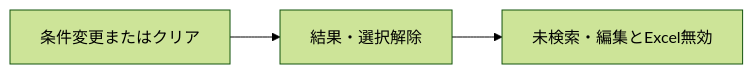
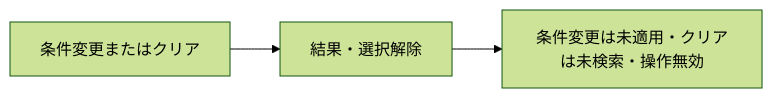
The third of 4 diagrams in sample-project2/spec/CSharp_ASPNET/詳細仕様書/03_社員検索画面.md (tujinrong/contextbase-evaluation), drawn with Mermaid (forest theme) before and after one commit. The commit also changed other lines of this file and 537 other files, not shown here.

````diff
--- a/sample-project2/spec/CSharp_ASPNET/詳細仕様書/03_社員検索画面.md
+++ b/sample-project2/spec/CSharp_ASPNET/詳細仕様書/03_社員検索画面.md
@@ -237,4 +257,4 @@
 ```mermaid
 flowchart LR
- A[条件変更またはクリア] --> B[結果・選択解除] --> C[未検索・編集とExcel無効]
+ A[条件変更またはクリア] --> B[結果・選択解除] --> C[条件変更は未適用・クリアは未検索・操作無効]
 ```
````
